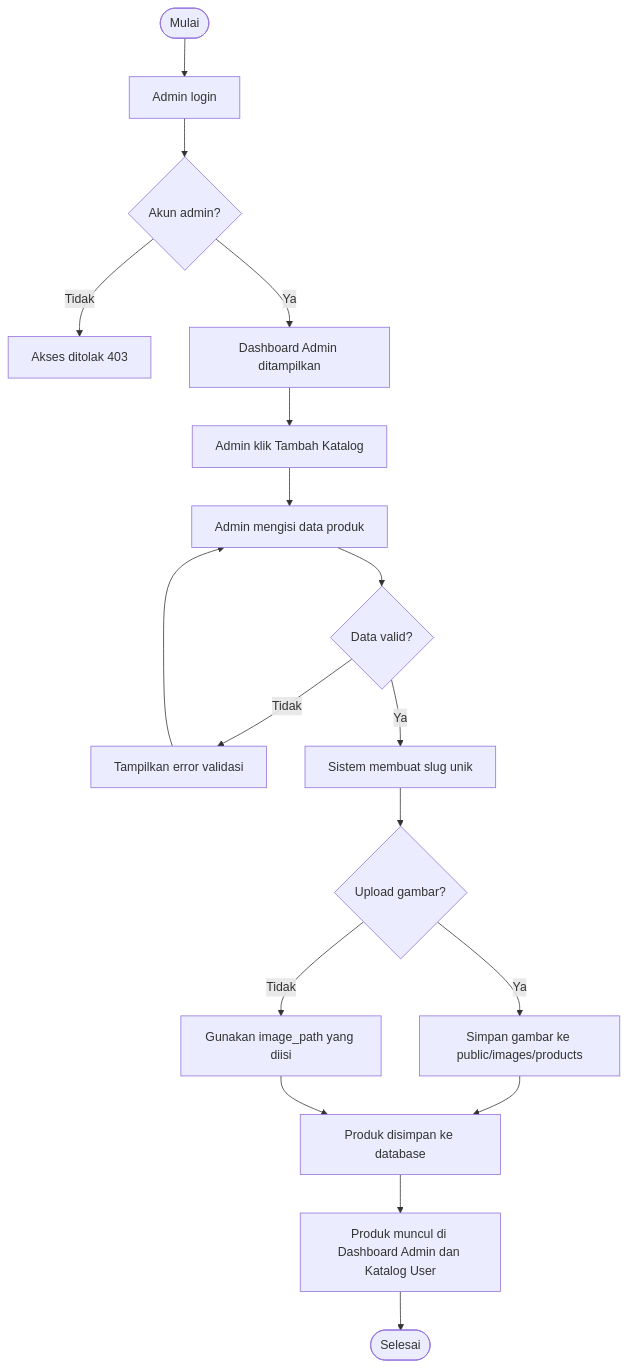
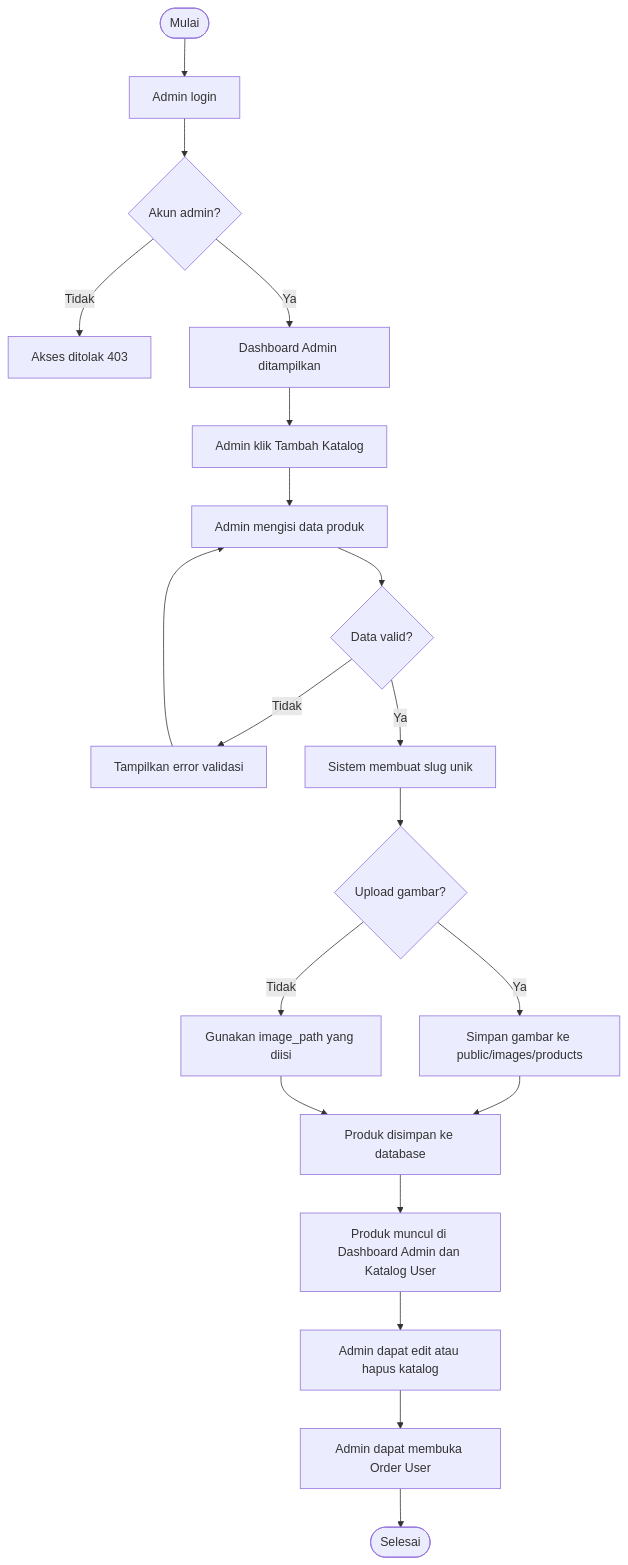
Before and after one commit to mufid1012/Laravel: the second of 7 diagrams in Project-kelompok-app/docs/UML_Karsa_Studio.md, drawn with Mermaid. The commit also changed other lines of this file and 20 other files, not shown here.

Commit message:
update user & admin

````diff
--- a/Project-kelompok-app/docs/UML_Karsa_Studio.md
+++ b/Project-kelompok-app/docs/UML_Karsa_Studio.md
@@ -99,20 +113,22 @@
 ```mermaid
 flowchart TD
     A([Mulai]) --> B[Admin login]
     B --> C{Akun admin?}
     C -- Tidak --> D[Akses ditolak 403]
     C -- Ya --> E[Dashboard Admin ditampilkan]
     E --> F[Admin klik Tambah Katalog]
     F --> G[Admin mengisi data produk]
     G --> H{Data valid?}
     H -- Tidak --> I[Tampilkan error validasi]
     I --> G
     H -- Ya --> J[Sistem membuat slug unik]
     J --> K{Upload gambar?}
     K -- Ya --> L[Simpan gambar ke public/images/products]
     K -- Tidak --> M[Gunakan image_path yang diisi]
     L --> N[Produk disimpan ke database]
     M --> N
     N --> O[Produk muncul di Dashboard Admin dan Katalog User]
-    O --> P([Selesai])
+    O --> P[Admin dapat edit atau hapus katalog]
+    P --> Q[Admin dapat membuka Order User]
+    Q --> R([Selesai])
 ```
````
